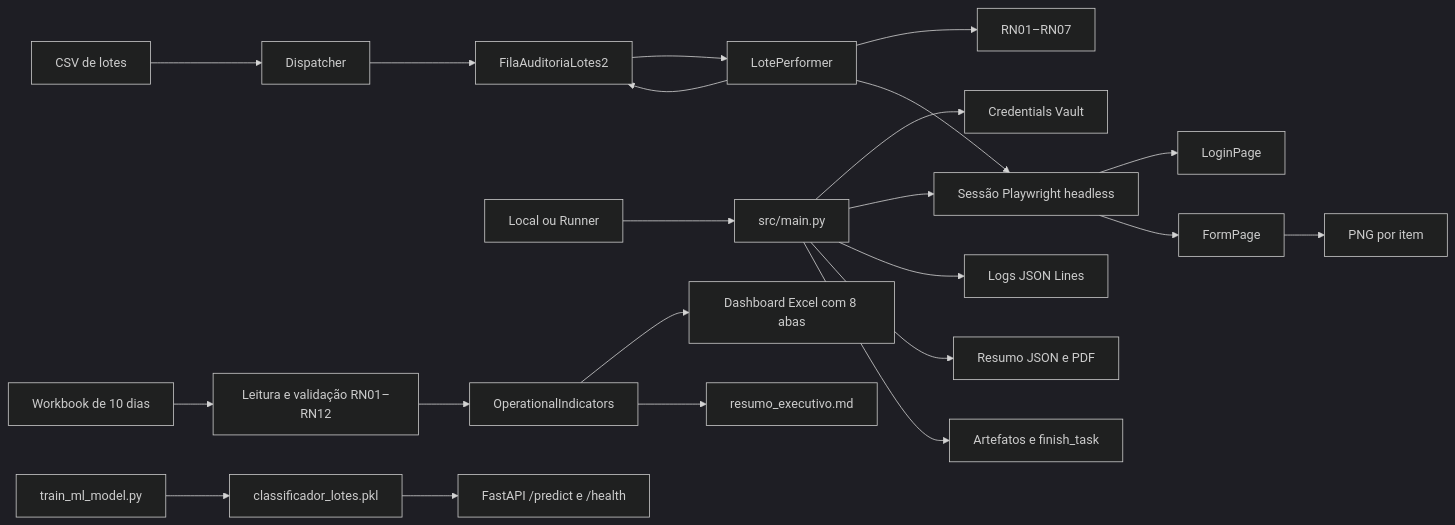
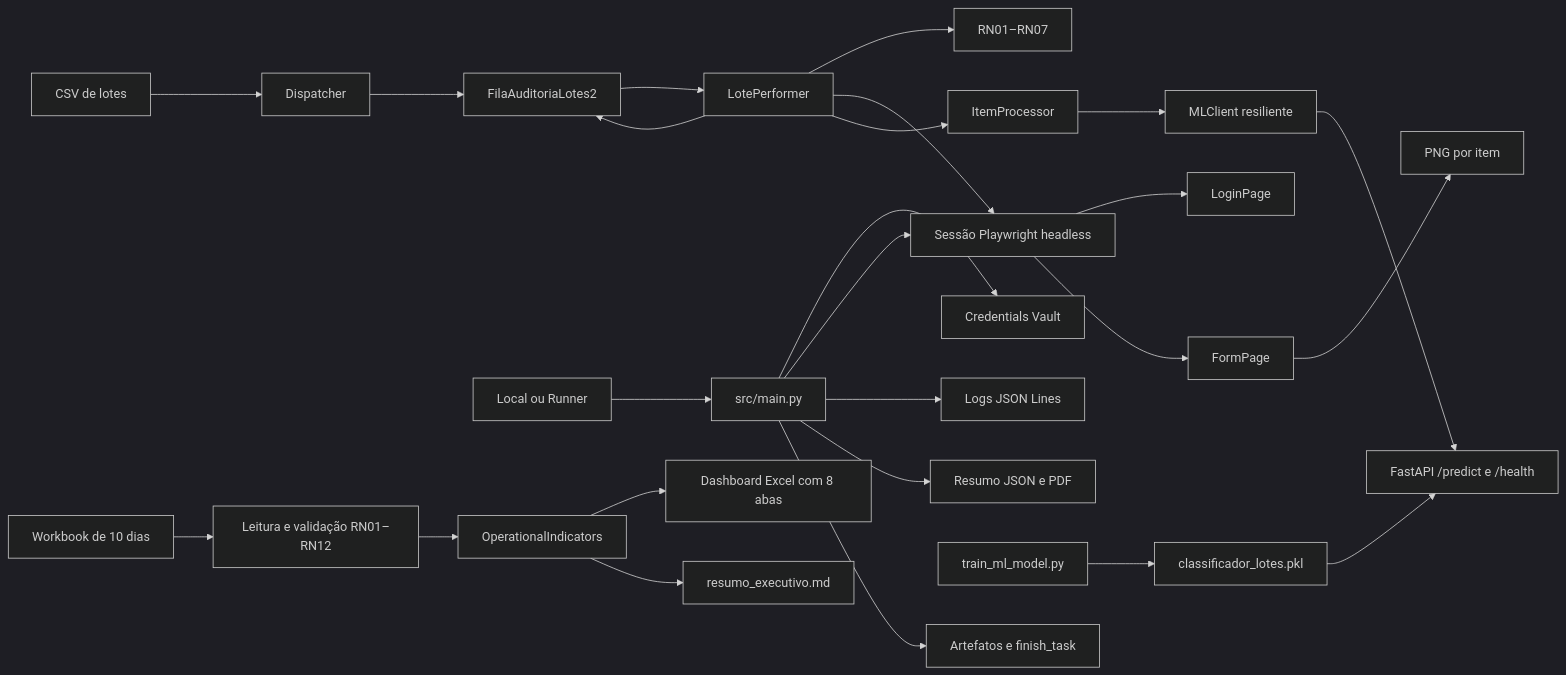
The diagram in README.md (g-f307/conferencia-de-lotes), drawn with Mermaid (dark theme) before and after one commit. The commit also changed other lines of this file and 17 other files, not shown here.

Commit message:
feat(ml-integration): integrar MLClient resiliente aos casos ambíguos (#90)

````diff
--- a/README.md
+++ b/README.md
@@ -88,24 +88,27 @@
 ```mermaid
 flowchart LR
     CSV[CSV de lotes] --> DISPATCHER[Dispatcher]
     DISPATCHER --> DP[FilaAuditoriaLotes2]
     RUNNER[Local ou Runner] --> MAIN[src/main.py]
     MAIN --> VAULT[Credentials Vault]
     MAIN --> SESSION[Sessão Playwright headless]
     SESSION --> LOGIN[LoginPage]
     DP --> PERFORMER[LotePerformer]
     PERFORMER --> RULES[RN01–RN07]
     PERFORMER --> SESSION
     SESSION --> FORM[FormPage]
     FORM --> PNG[PNG por item]
     PERFORMER --> DP
     MAIN --> LOG[Logs JSON Lines]
     MAIN --> REPORT[Resumo JSON e PDF]
     MAIN --> MAESTRO[Artefatos e finish_task]
     XLSX[Workbook de 10 dias] --> READER[Leitura e validação RN01–RN12]
     READER --> INDICATORS[OperationalIndicators]
     INDICATORS --> EXCEL[Dashboard Excel com 8 abas]
     INDICATORS --> MARKDOWN[resumo_executivo.md]
     TRAIN[train_ml_model.py] --> MODEL[classificador_lotes.pkl]
     MODEL --> MLAPI[FastAPI /predict e /health]
+    PERFORMER --> PROCESSOR[ItemProcessor]
+    PROCESSOR --> MLCLIENT[MLClient resiliente]
+    MLCLIENT --> MLAPI
 ```
````
